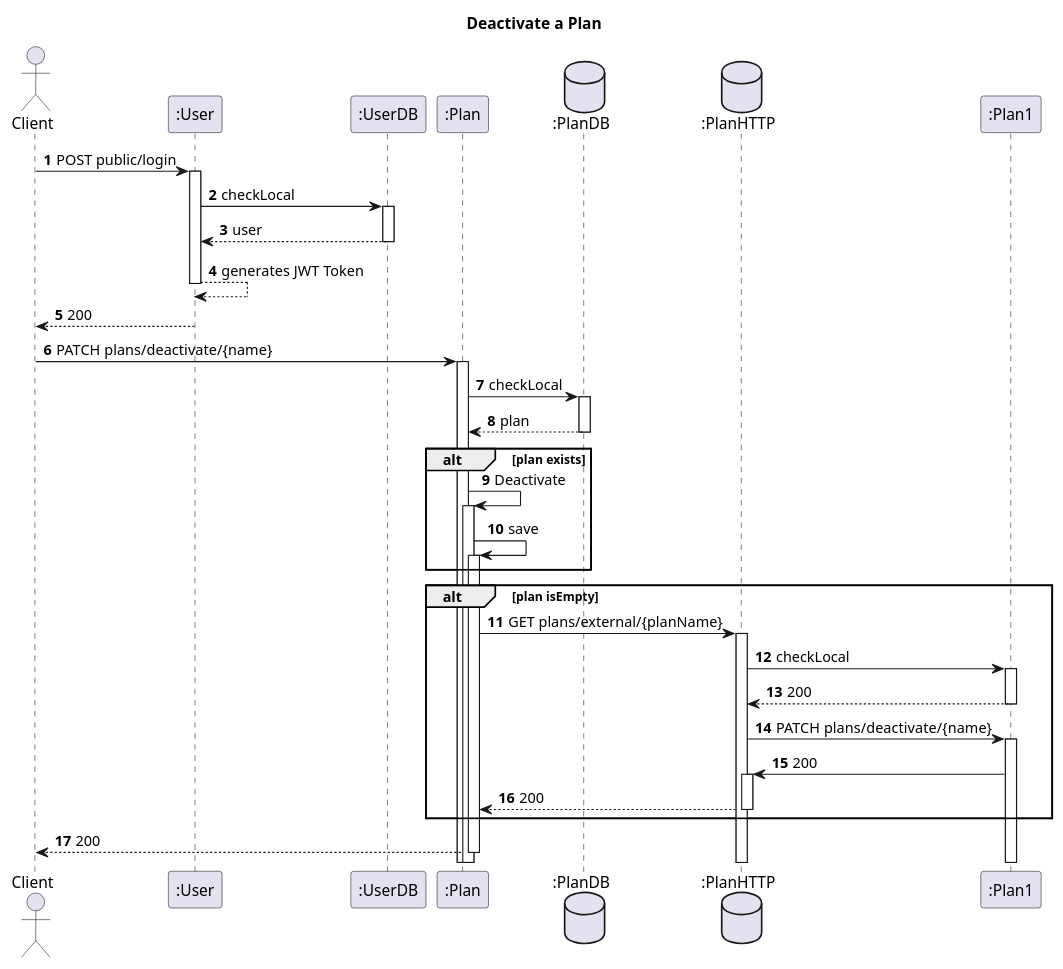
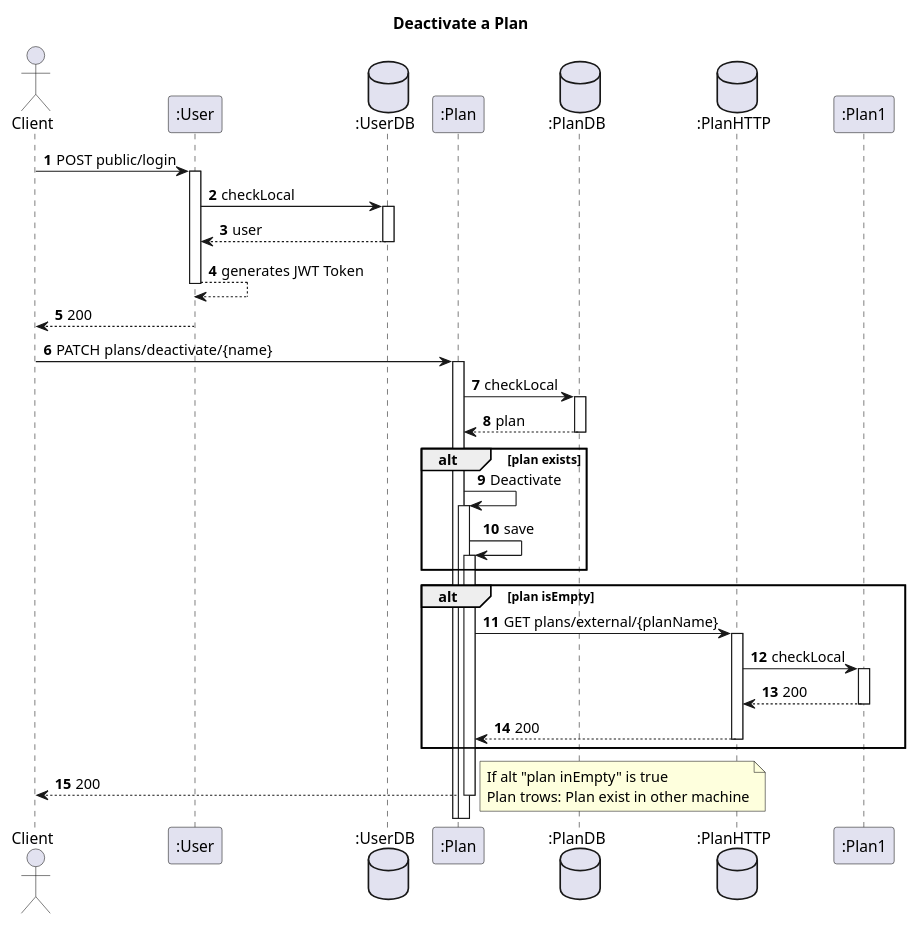
The diagram in docs_sidis/Plans/Vista_Logica/N3/UserPlanInteractionDeactivate.puml (IsepMartimOliveira/SIDIS), drawn with PlantUML before and after one commit. The commit also changed 52 other files, not shown here.

```diff
--- a/docs_sidis/Plans/Vista_Logica/N3/UserPlanInteractionDeactivate.puml
+++ b/docs_sidis/Plans/Vista_Logica/N3/UserPlanInteractionDeactivate.puml
@@ -1,46 +1,48 @@
 @startuml
 'https://plantuml.com/sequence-diagram
 autoactivate on
 autonumber
 title  Deactivate a Plan
 
 autonumber
 
 actor "Client" as Ac
 participant ":User" as User
-participant ":UserDB" as Udb
+database ":UserDB" as Udb
 
 participant ":Plan" as Plan
 database ":PlanDB" as PDB
 database ":PlanHTTP" as PHTTP
 participant ":Plan1" as Plan1
 
 
 Ac->User: POST public/login
 User->Udb:checkLocal
 Udb-->User:user
 User-->User:generates JWT Token
 User-->Ac:200
 Ac->Plan:PATCH plans/deactivate/{name}
 Plan->PDB:checkLocal
 PDB-->Plan:plan
 alt plan exists
 Plan->Plan:Deactivate
 Plan->Plan:save
 
 end
 
 alt plan isEmpty
 Plan->PHTTP:GET plans/external/{planName}
 PHTTP->Plan1:checkLocal
 Plan1-->PHTTP:200
-PHTTP->Plan1:PATCH plans/deactivate/{name}
-Plan1->PHTTP:200
 PHTTP-->Plan:200
 end
+
 Plan-->Ac:200
-
+note right
+If alt "plan inEmpty" is true
+Plan trows: Plan exist in other machine
+end note
 
 
 
 @enduml
```
